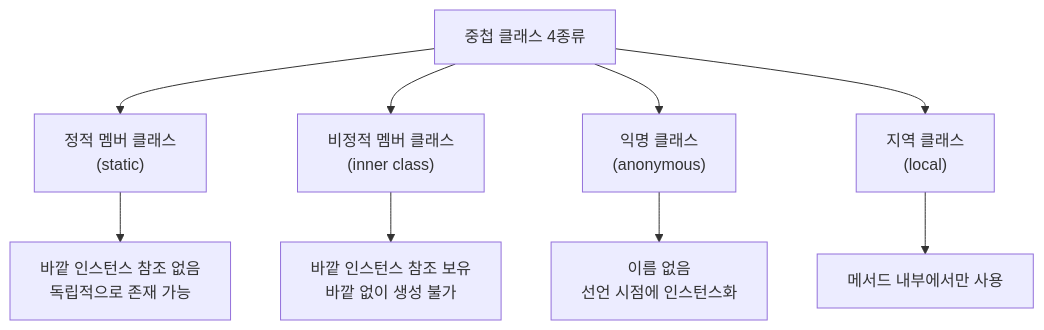
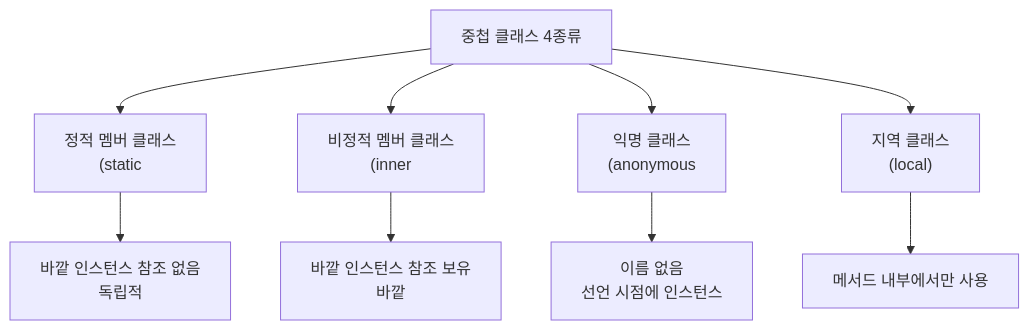
The first of 3 diagrams in _posts/java/2022-01-04-effective-java24.md (yjkim2015/yjkim2015.github.io), drawn with Mermaid before and after one commit. The commit also changed other lines of this file and 271 other files, not shown here.

First line of the commit message:
Mermaid 라벨 축소: 긴 노드 텍스트 18자 이하로 트림 + \n 제거

````diff
--- a/_posts/java/2022-01-04-effective-java24.md
+++ b/_posts/java/2022-01-04-effective-java24.md
@@ -18,11 +18,11 @@
 ```mermaid
 graph TD
-    A["중첩 클래스 4종류"] --> B["정적 멤버 클래스\n(static)"]
-    A --> C["비정적 멤버 클래스\n(inner class)"]
-    A --> D["익명 클래스\n(anonymous)"]
+    A["중첩 클래스 4종류"] --> B["정적 멤버 클래스\n(static"]
+    A --> C["비정적 멤버 클래스\n(inner"]
+    A --> D["익명 클래스\n(anonymous"]
     A --> E["지역 클래스\n(local)"]
-    B --> B1["바깥 인스턴스 참조 없음\n독립적으로 존재 가능"]
-    C --> C1["바깥 인스턴스 참조 보유\n바깥 없이 생성 불가"]
-    D --> D1["이름 없음\n선언 시점에 인스턴스화"]
+    B --> B1["바깥 인스턴스 참조 없음\n독립적"]
+    C --> C1["바깥 인스턴스 참조 보유\n바깥"]
+    D --> D1["이름 없음\n선언 시점에 인스턴스"]
     E --> E1["메서드 내부에서만 사용"]
 ```
````
